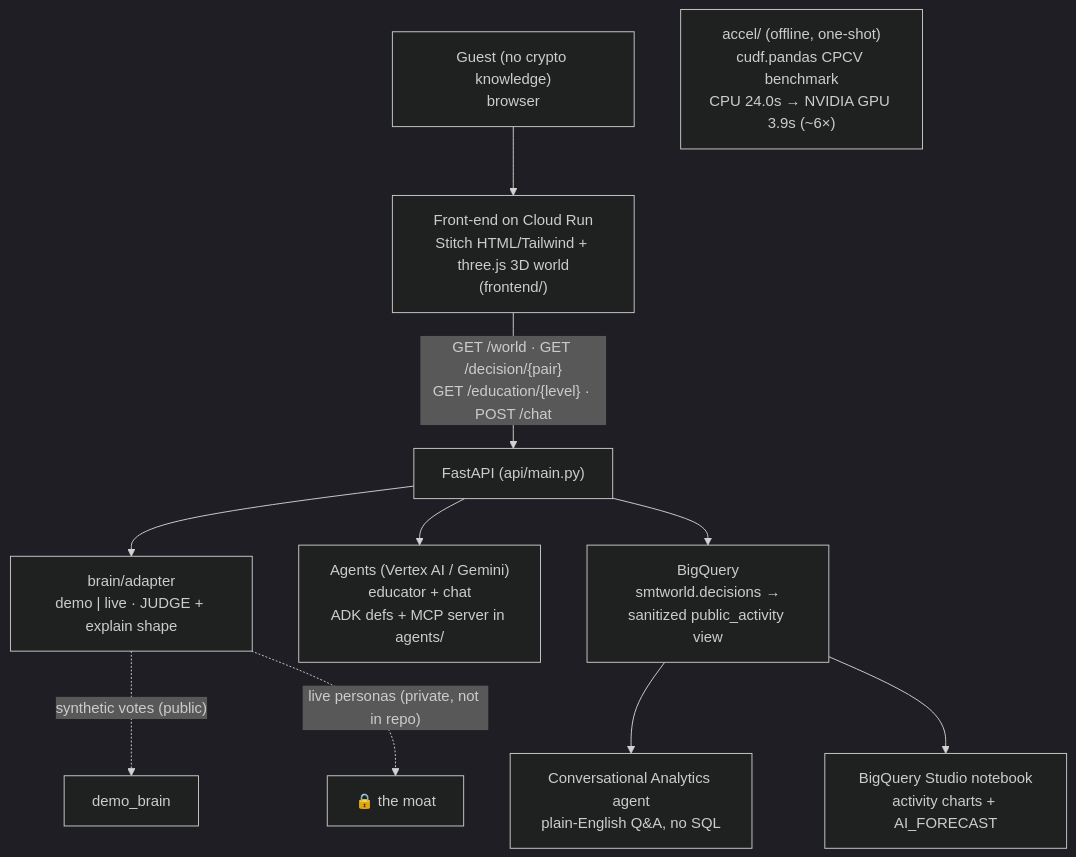
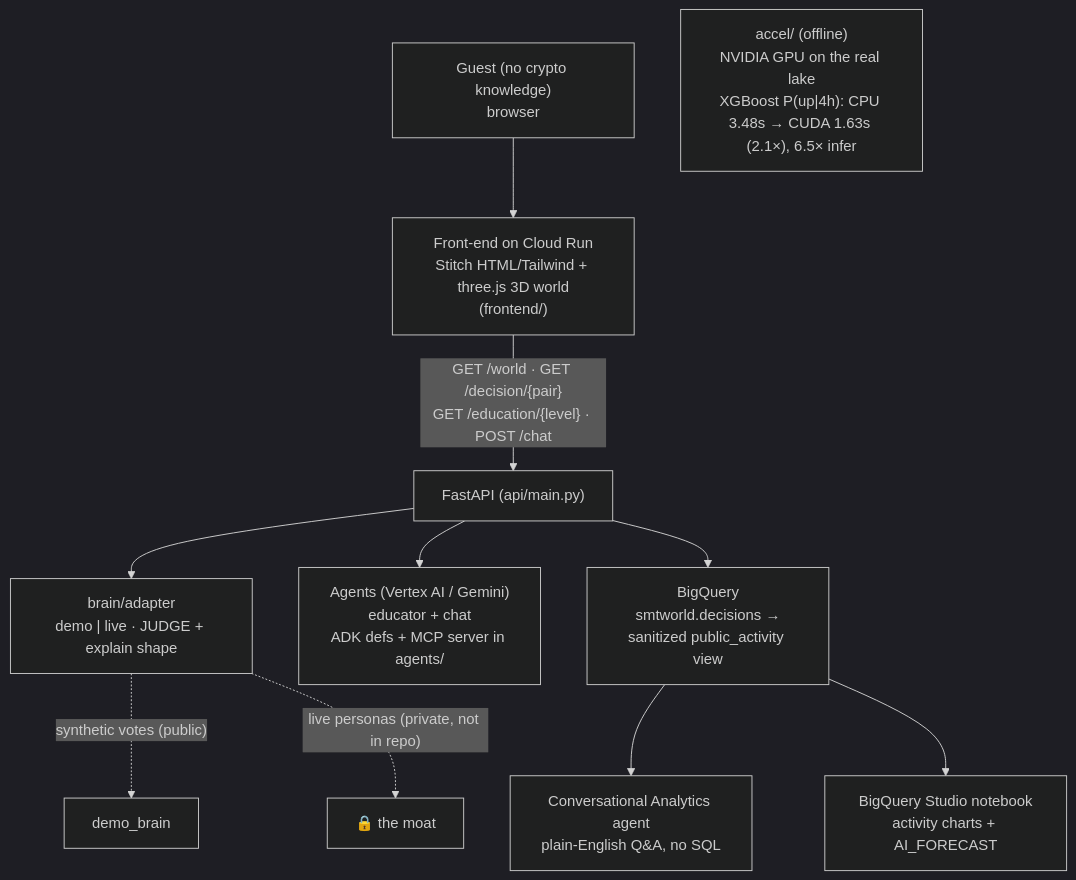
The first of 2 diagrams in docs/ARCHITECTURE.md (JannetEkka/smt-apac), drawn with Mermaid (dark theme) before and after one commit. The commit also changed other lines of this file and 5 other files, not shown here.

First line of the commit message:
Refresh submission artefacts: real GPU numbers, restore MOAT.md, current daemon state

````diff
--- a/docs/ARCHITECTURE.md
+++ b/docs/ARCHITECTURE.md
@@ -3,17 +3,17 @@
 ```mermaid
 flowchart TB
     G["Guest (no crypto knowledge)<br/>browser"] --> FE["Front-end on Cloud Run<br/>Stitch HTML/Tailwind + three.js 3D world<br/>(frontend/)"]
     FE -->|"GET /world · GET /decision/{pair}<br/>GET /education/{level} · POST /chat"| API["FastAPI (api/main.py)"]
 
     API --> BRAIN["brain/adapter<br/>demo | live · JUDGE + explain shape"]
     API --> AGENTS["Agents (Vertex AI / Gemini)<br/>educator + chat<br/>ADK defs + MCP server in agents/"]
     API --> BQ["BigQuery<br/>smtworld.decisions →<br/>sanitized public_activity view"]
 
     BRAIN -. "synthetic votes (public)" .-> DEMO["demo_brain"]
     BRAIN -. "live personas (private, not in repo)" .-> MOAT["🔒 the moat"]
 
     BQ --> CA["Conversational Analytics agent<br/>plain-English Q&A, no SQL"]
     BQ --> NB["BigQuery Studio notebook<br/>activity charts + AI_FORECAST"]
 
-    ACCEL["accel/ (offline, one-shot)<br/>cudf.pandas CPCV benchmark<br/>CPU 24.0s → NVIDIA GPU 3.9s (~6×)"]
+    ACCEL["accel/ (offline)<br/>NVIDIA GPU on the real lake<br/>XGBoost P(up|4h): CPU 3.48s → CUDA 1.63s (2.1×), 6.5× infer"]
 ```
````
